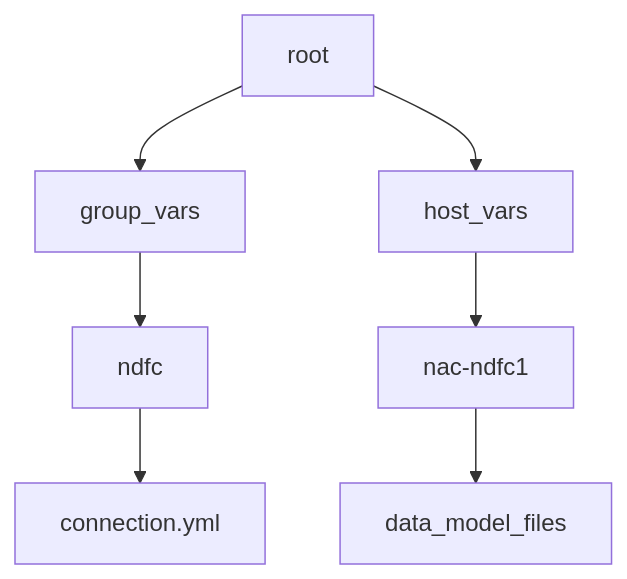
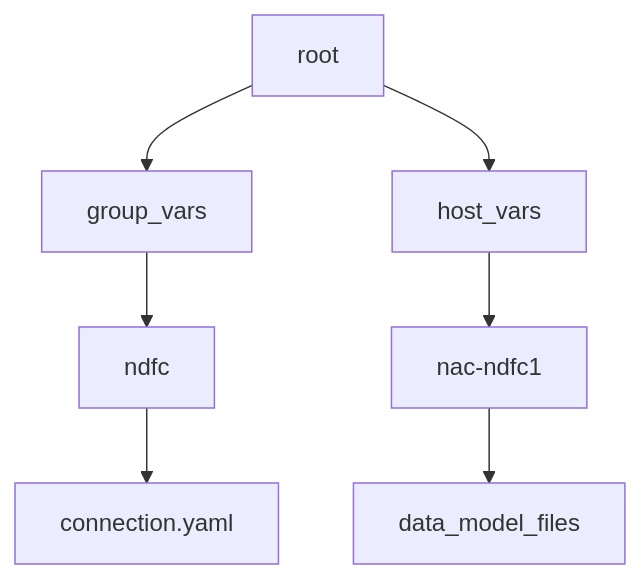
The diagram in README.md (netascode/ansible-dc-vxlan-example), drawn with Mermaid before and after one commit. The commit also changed other lines of this file and 6 other files, not shown here.

````diff
--- a/README.md
+++ b/README.md
@@ -118,9 +122,9 @@
 ```mermaid
 graph
   root-->group_vars
   root-->host_vars
   group_vars-->ndfc
-  ndfc-->connection.yml
+  ndfc-->connection.yaml
   host_vars-->nac-ndfc1
   nac-ndfc1-->data_model_files
 ```
````
